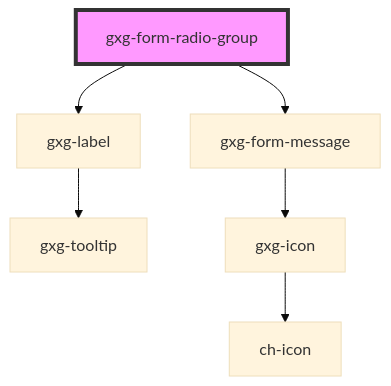
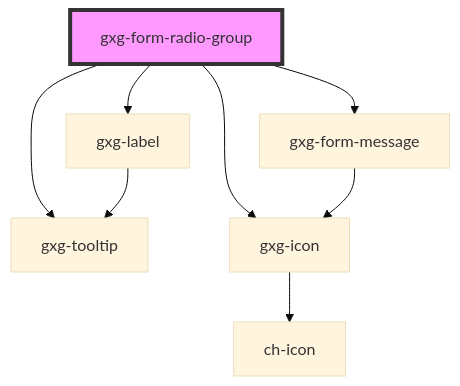
Before and after one commit to genexuslabs/gemini: the diagram in src/components/form-radio-group/readme.md, drawn with Mermaid (base theme). The commit also changed other lines of this file and 19 other files, not shown here.

````diff
--- a/src/components/form-radio-group/readme.md
+++ b/src/components/form-radio-group/readme.md
@@ -33,9 +35,11 @@
 ```mermaid
 graph TD;
   gxg-form-radio-group --> gxg-label
   gxg-form-radio-group --> gxg-form-message
+  gxg-form-radio-group --> gxg-tooltip
+  gxg-form-radio-group --> gxg-icon
   gxg-label --> gxg-tooltip
   gxg-form-message --> gxg-icon
   gxg-icon --> ch-icon
   style gxg-form-radio-group fill:#f9f,stroke:#333,stroke-width:4px
 ```
````
